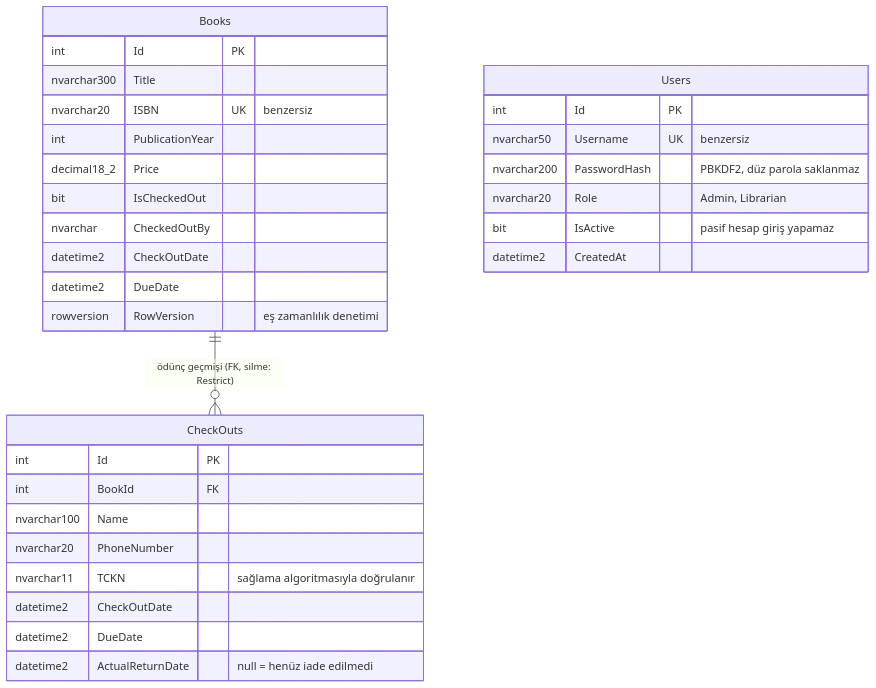
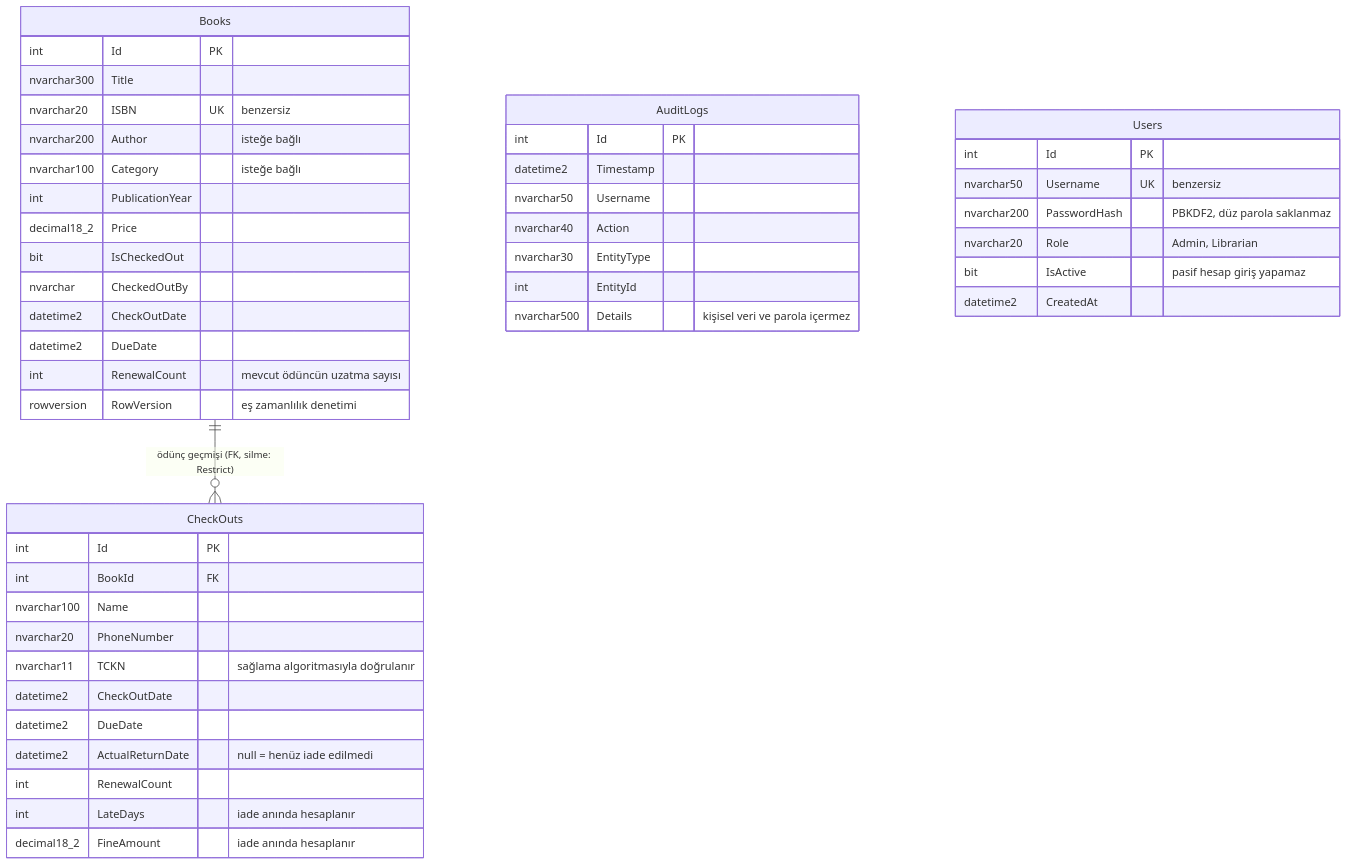
Before and after one commit to emircankilicaslan/BookTrack: the diagram in README.md, drawn with Mermaid. The commit also changed other lines of this file and 32 other files, not shown here.

````diff
--- a/README.md
+++ b/README.md
@@ -40,34 +44,49 @@
 ```mermaid
 erDiagram
     Books ||--o{ CheckOuts : "ödünç geçmişi (FK, silme: Restrict)"
     Books {
         int Id PK
         nvarchar300 Title
         nvarchar20 ISBN UK "benzersiz"
+        nvarchar200 Author "isteğe bağlı"
+        nvarchar100 Category "isteğe bağlı"
         int PublicationYear
         decimal18_2 Price
         bit IsCheckedOut
         nvarchar CheckedOutBy
         datetime2 CheckOutDate
         datetime2 DueDate
+        int RenewalCount "mevcut ödüncün uzatma sayısı"
         rowversion RowVersion "eş zamanlılık denetimi"
     }
     CheckOuts {
         int Id PK
         int BookId FK
         nvarchar100 Name
         nvarchar20 PhoneNumber
         nvarchar11 TCKN "sağlama algoritmasıyla doğrulanır"
         datetime2 CheckOutDate
         datetime2 DueDate
         datetime2 ActualReturnDate "null = henüz iade edilmedi"
+        int RenewalCount
+        int LateDays "iade anında hesaplanır"
+        decimal18_2 FineAmount "iade anında hesaplanır"
+    }
+    AuditLogs {
+        int Id PK
+        datetime2 Timestamp
+        nvarchar50 Username
+        nvarchar40 Action
+        nvarchar30 EntityType
+        int EntityId
+        nvarchar500 Details "kişisel veri ve parola içermez"
     }
     Users {
         int Id PK
         nvarchar50 Username UK "benzersiz"
         nvarchar200 PasswordHash "PBKDF2, düz parola saklanmaz"
         nvarchar20 Role "Admin, Librarian"
         bit IsActive "pasif hesap giriş yapamaz"
         datetime2 CreatedAt
     }
 ```
````
